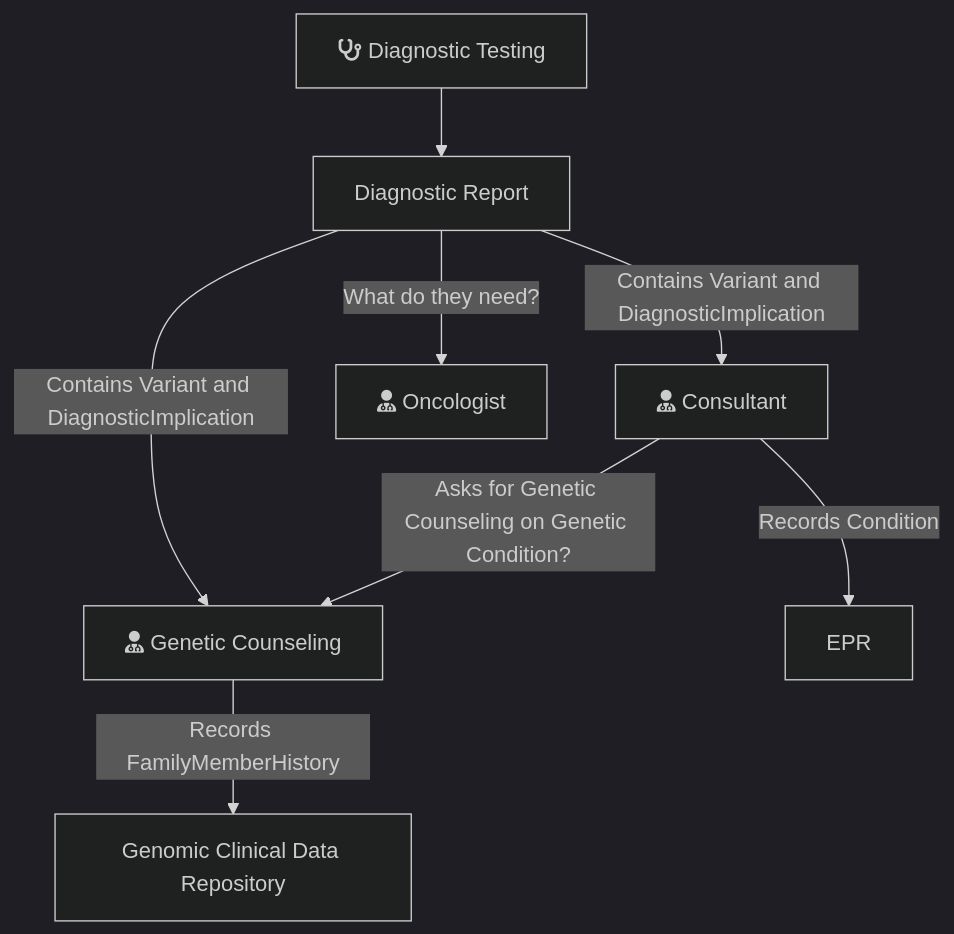
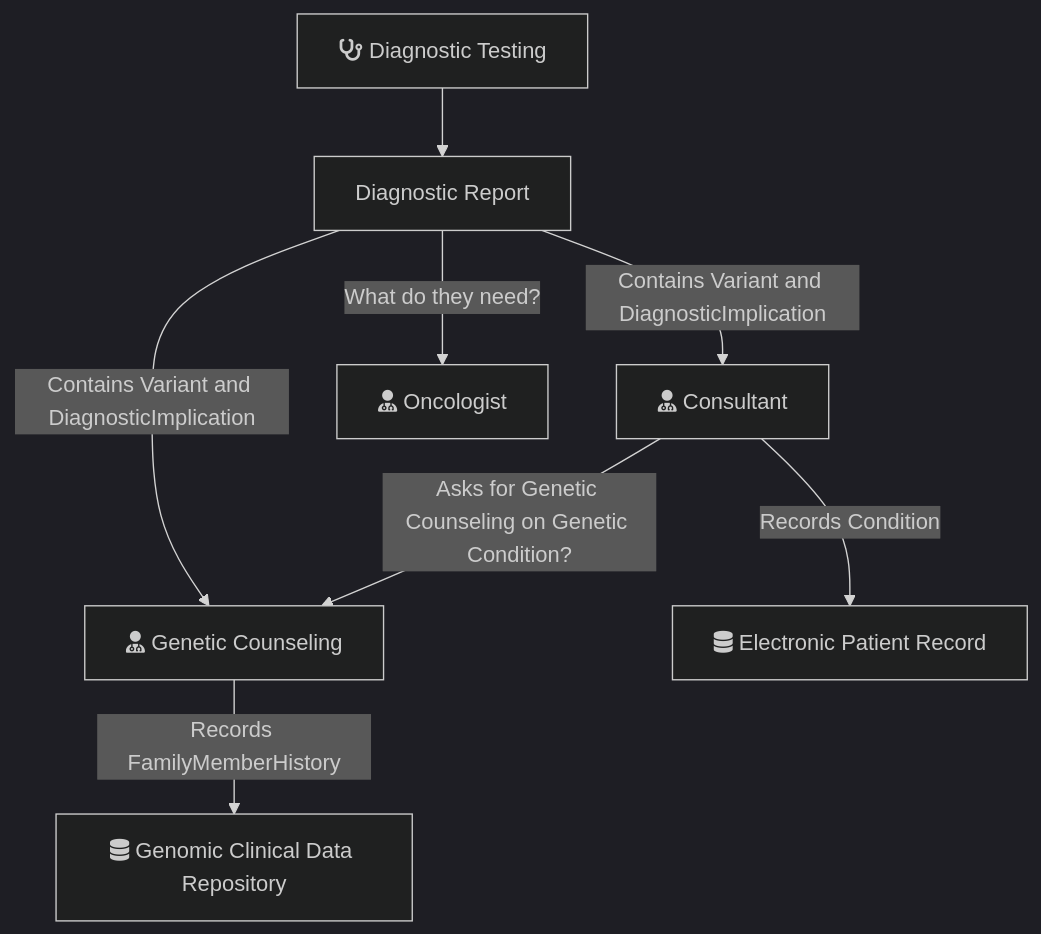
One commit to uk-gov-mirror/nw-gmsa.nw-gmsa.github.com changed the diagram in input/intro-notes/ExampleScenario-ClinicalAndGenomicWorkflow-intro.md. Above: the diagram before and after it, drawn with Mermaid (dark theme). The commit also changed 1 other file, not shown here.

Commit message:
fontawesome local

````diff
--- a/input/intro-notes/ExampleScenario-ClinicalAndGenomicWorkflow-intro.md
+++ b/input/intro-notes/ExampleScenario-ClinicalAndGenomicWorkflow-intro.md
@@ -4,12 +4,12 @@
 ```mermaid
 graph TD;
 
     DiagnosticTesting[fas:fa-stethoscope Diagnostic Testing]  --> DiagnosticReport[Diagnostic Report]
     DiagnosticReport --> |Contains Variant and DiagnosticImplication| Consultant[fas:fa-user-md Consultant]
     DiagnosticReport --> |Contains Variant and DiagnosticImplication| GeneticCounseling[fas:fa-user-md Genetic Counseling]
     DiagnosticReport --> |What do they need?| Oncologist[fas:fa-user-md Oncologist]
 
-    Consultant --> |Records Condition| EPR
-    GeneticCounseling --> |Records FamilyMemberHistory| GenomicCDR[Genomic Clinical Data Repository]
+    Consultant --> |Records Condition| EPR["<i class='fa fa-database'></i> Electronic Patient Record"]
+    GeneticCounseling --> |Records FamilyMemberHistory| GenomicCDR["<i class='fa fa-database'></i> Genomic Clinical Data Repository"]
     Consultant --> |Asks for Genetic Counseling on Genetic Condition?| GeneticCounseling
 ```
````
